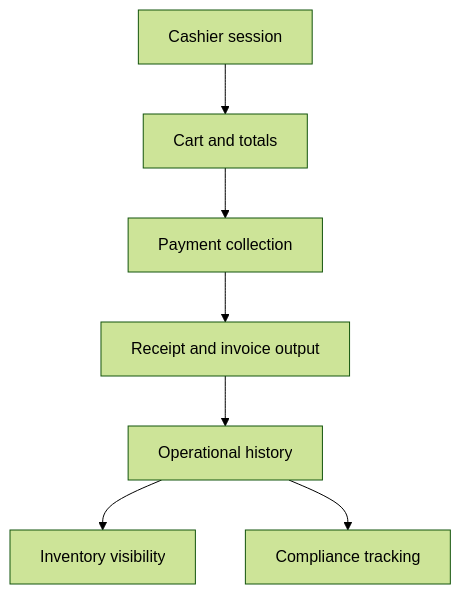
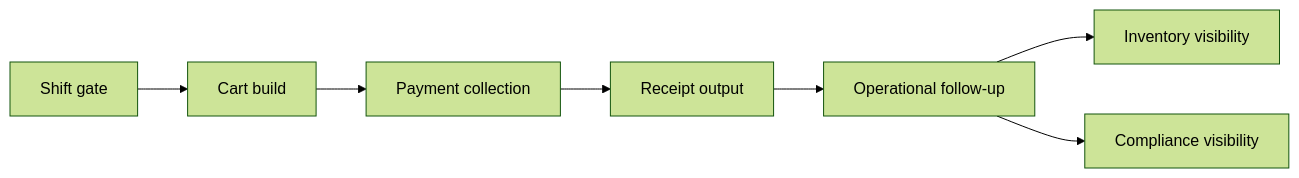
One commit to KareemQabil/nerdpos-showcase changed the diagram in README.md. Above: the diagram before and after it, drawn with Mermaid (forest theme). The commit also changed other lines of this file and 5 other files, not shown here.

````diff
--- a/README.md
+++ b/README.md
@@ -68,9 +35,9 @@
 ```mermaid
-flowchart TD
-    A[Cashier session] --> B[Cart and totals]
+flowchart LR
+    A[Shift gate] --> B[Cart build]
     B --> C[Payment collection]
-    C --> D[Receipt and invoice output]
-    D --> E[Operational history]
+    C --> D[Receipt output]
+    D --> E[Operational follow-up]
     E --> F[Inventory visibility]
-    E --> G[Compliance tracking]
+    E --> G[Compliance visibility]
 ```
````
